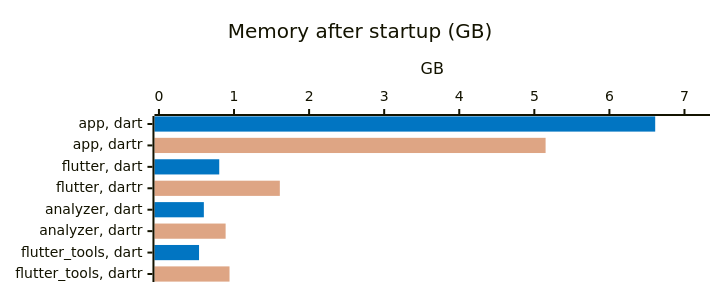
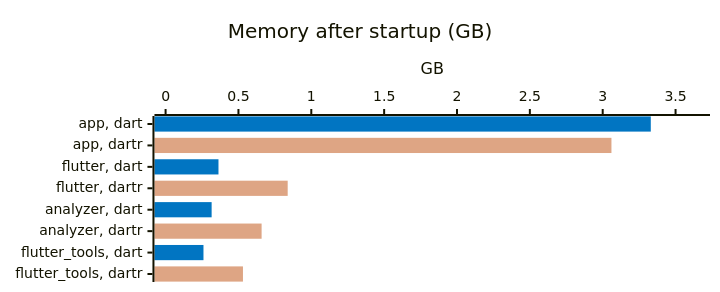
The tenth of 15 diagrams in docs/BENCHMARKS.md (orestesgaolin/dartr), drawn with Mermaid before and after one commit. The commit also changed other lines of this file and 3 other files, not shown here.

````diff
--- a/docs/BENCHMARKS.md
+++ b/docs/BENCHMARKS.md
@@ -187,17 +187,17 @@
 ```mermaid
 ---
 config:
   xyChart:
     height: 272
   themeVariables:
     xyChart:
       plotColorPalette: "#0175C2, #DEA584"
 ---
 xychart-beta horizontal
     %% -100 = no bar: one series per measurement gives each its own color
     title "Memory after startup (GB)"
     x-axis ["app, dart", "app, dartr", "flutter, dart", "flutter, dartr", "analyzer, dart", "analyzer, dartr", "flutter_tools, dart", "flutter_tools, dartr"]
-    y-axis "GB" 0 --> 7.28
-    bar [6.61, -100, 0.803, -100, 0.598, -100, 0.534, -100]
-    bar [-100, 5.15, -100, 1.61, -100, 0.888, -100, 0.94]
+    y-axis "GB" 0 --> 3.66
+    bar [3.33, -100, 0.363, -100, 0.316, -100, 0.26, -100]
+    bar [-100, 3.06, -100, 0.838, -100, 0.659, -100, 0.531]
 ```
````
